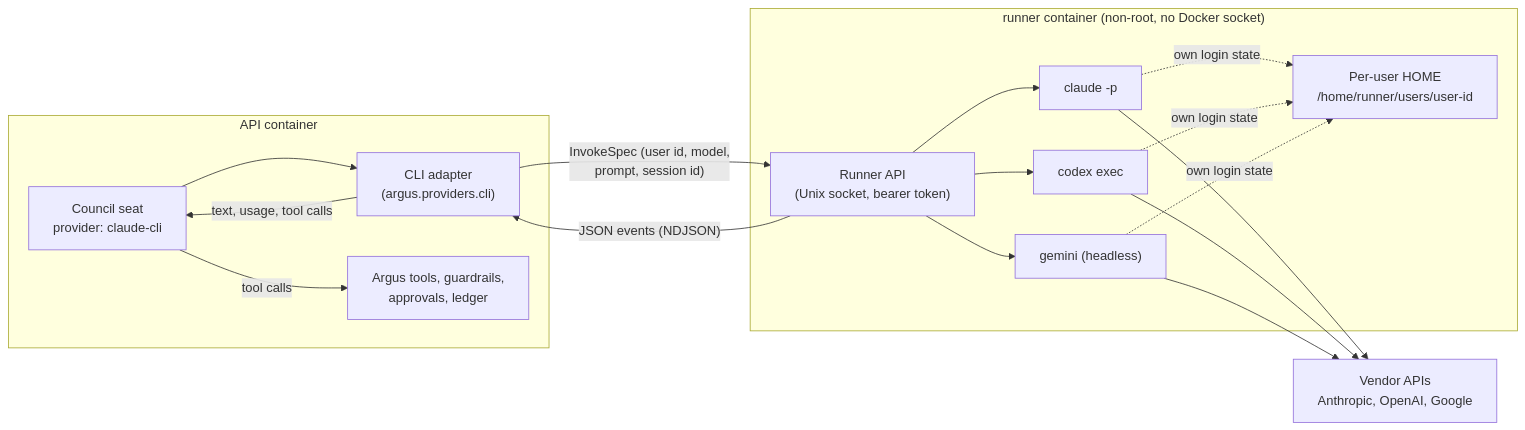
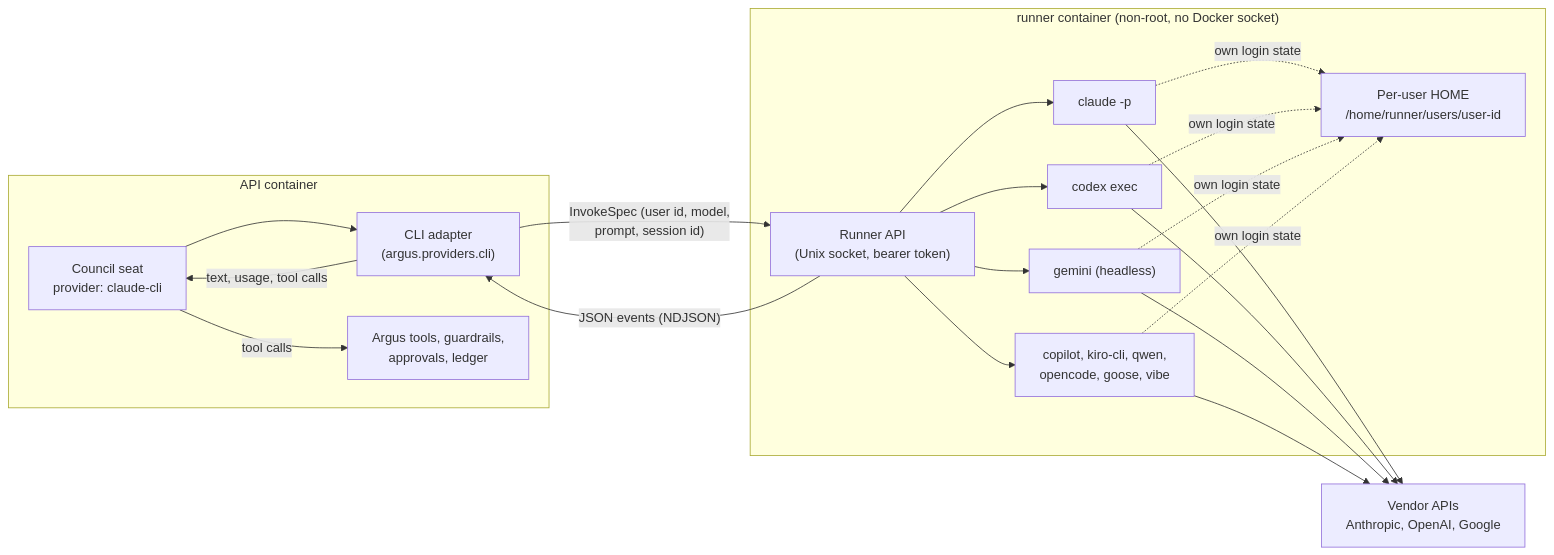
Before and after one commit to lordprime/Argus-Council: the first of 2 diagrams in docs/cli-agents.md, drawn with Mermaid. The commit also changed other lines of this file and 57 other files, not shown here.

````diff
--- a/docs/cli-agents.md
+++ b/docs/cli-agents.md
@@ -20,25 +42,26 @@
 ```mermaid
 flowchart LR
     subgraph api["API container"]
         seat["Council seat<br/>provider: claude-cli"]
         adapter["CLI adapter<br/>(argus.providers.cli)"]
         tools["Argus tools, guardrails,<br/>approvals, ledger"]
     end
     subgraph runner["runner container (non-root, no Docker socket)"]
         server["Runner API<br/>(Unix socket, bearer token)"]
         home["Per-user HOME<br/>/home/runner/users/user-id"]
         claude["claude -p"]
         codex["codex exec"]
         gemini["gemini (headless)"]
+        more["copilot, kiro-cli, qwen,<br/>opencode, goose, vibe"]
     end
     vendors["Vendor APIs<br/>Anthropic, OpenAI, Google"]
 
     seat --> adapter
     adapter -- "InvokeSpec (user id, model,<br/>prompt, session id)" --> server
-    server --> claude & codex & gemini
-    claude & codex & gemini -. "own login state" .-> home
-    claude & codex & gemini --> vendors
+    server --> claude & codex & gemini & more
+    claude & codex & gemini & more -. "own login state" .-> home
+    claude & codex & gemini & more --> vendors
     server -- "JSON events (NDJSON)" --> adapter
     adapter -- "text, usage, tool calls" --> seat
     seat -- "tool calls" --> tools
 ```
````
